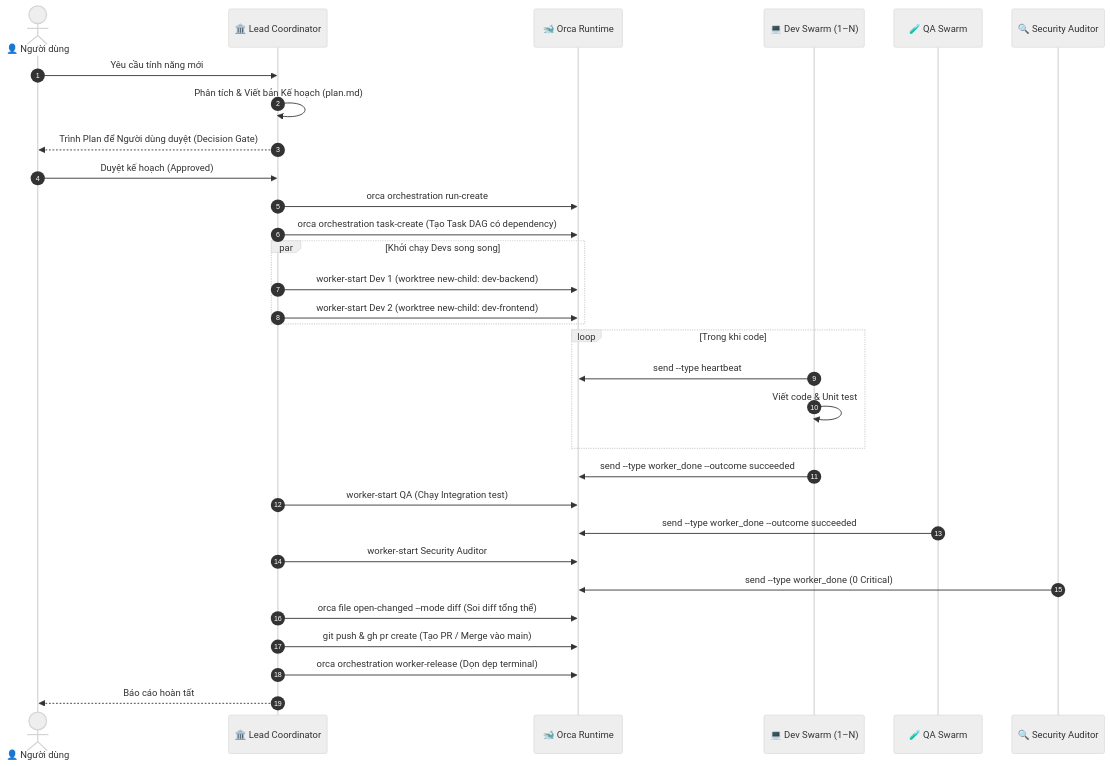
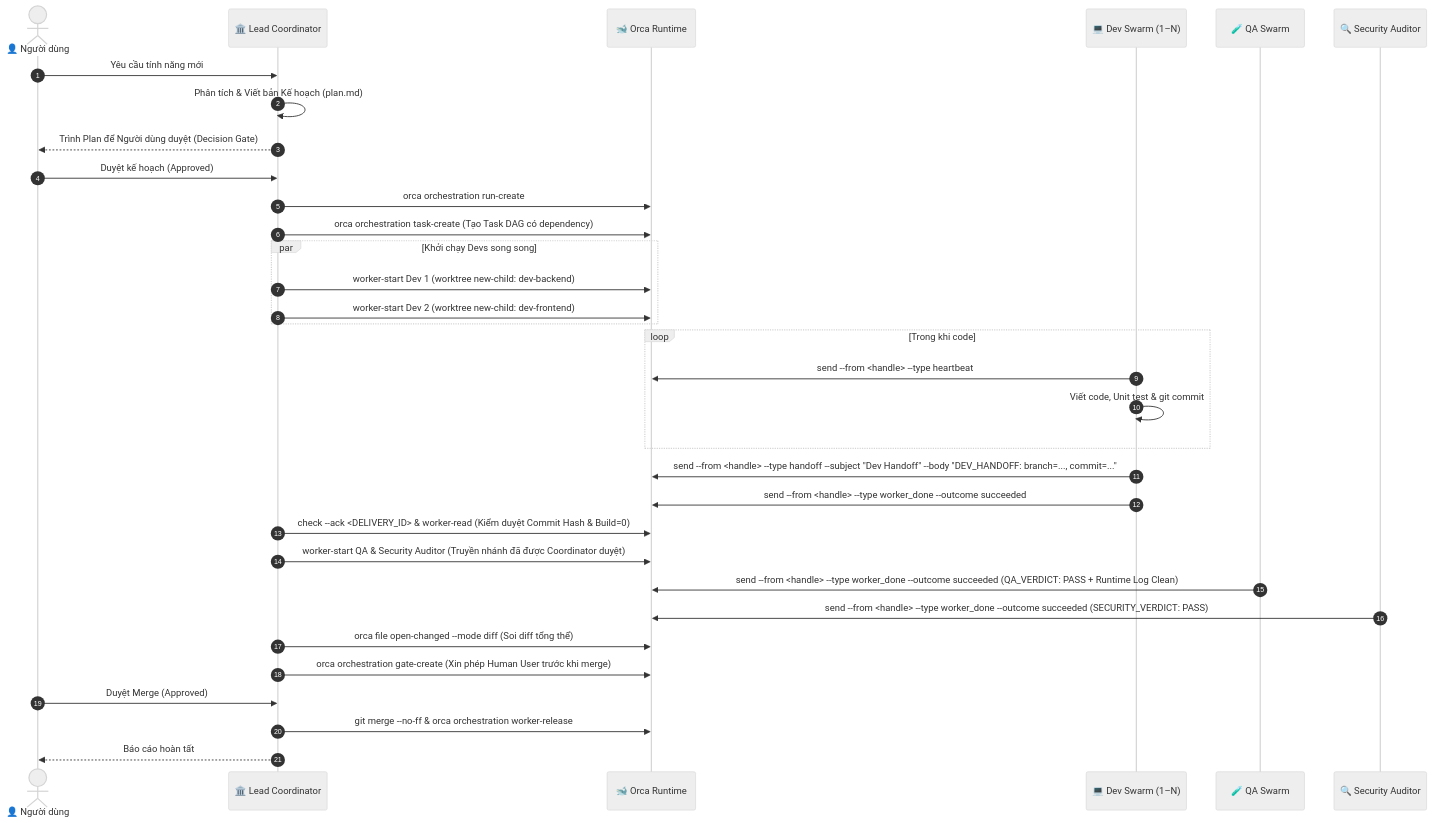
Before and after one commit to thapld/orca-multi-agent-orchestrator: the first of 7 diagrams in docs/workflows.md, drawn with Mermaid (neutral theme). The commit also changed other lines of this file and 8 other files, not shown here.

Commit message:
fix(orchestration): enforce check --ack FIFO delivery, preamble flags, live-vs-settled routing, and update docs

````diff
--- a/docs/workflows.md
+++ b/docs/workflows.md
@@ -11,41 +11,42 @@
 ```mermaid
 sequenceDiagram
     autonumber
     actor User as 👤 Người dùng
     participant Lead as 🏛️ Lead Coordinator
     participant Orca as 🐋 Orca Runtime
     participant Devs as 💻 Dev Swarm (1–N)
     participant QA as 🧪 QA Swarm
     participant Sec as 🔍 Security Auditor
 
     User->>Lead: Yêu cầu tính năng mới
     Lead->>Lead: Phân tích & Viết bản Kế hoạch (plan.md)
     Lead-->>User: Trình Plan để Người dùng duyệt (Decision Gate)
     User->>Lead: Duyệt kế hoạch (Approved)
 
     Lead->>Orca: orca orchestration run-create
     Lead->>Orca: orca orchestration task-create (Tạo Task DAG có dependency)
 
     par Khởi chạy Devs song song
         Lead->>Orca: worker-start Dev 1 (worktree new-child: dev-backend)
         Lead->>Orca: worker-start Dev 2 (worktree new-child: dev-frontend)
     end
 
     loop Trong khi code
-        Devs->>Orca: send --type heartbeat
-        Devs->>Devs: Viết code & Unit test
+        Devs->>Orca: send --from <handle> --type heartbeat
+        Devs->>Devs: Viết code, Unit test & git commit
     end
 
-    Devs->>Orca: send --type worker_done --outcome succeeded
-    
-    Lead->>Orca: worker-start QA (Chạy Integration test)
-    QA->>Orca: send --type worker_done --outcome succeeded
+    Devs->>Orca: send --from <handle> --type handoff --subject "Dev Handoff" --body "DEV_HANDOFF: branch=..., commit=..."
+    Devs->>Orca: send --from <handle> --type worker_done --outcome succeeded
+    Lead->>Orca: check --ack <DELIVERY_ID> & worker-read (Kiểm duyệt Commit Hash & Build=0)
 
-    Lead->>Orca: worker-start Security Auditor
-    Sec->>Orca: send --type worker_done (0 Critical)
+    Lead->>Orca: worker-start QA & Security Auditor (Truyền nhánh đã được Coordinator duyệt)
+    QA->>Orca: send --from <handle> --type worker_done --outcome succeeded (QA_VERDICT: PASS + Runtime Log Clean)
+    Sec->>Orca: send --from <handle> --type worker_done --outcome succeeded (SECURITY_VERDICT: PASS)
 
     Lead->>Orca: orca file open-changed --mode diff (Soi diff tổng thể)
-    Lead->>Orca: git push & gh pr create (Tạo PR / Merge vào main)
-    Lead->>Orca: orca orchestration worker-release (Dọn dẹp terminal)
+    Lead->>Orca: orca orchestration gate-create (Xin phép Human User trước khi merge)
+    User->>Lead: Duyệt Merge (Approved)
+    Lead->>Orca: git merge --no-ff & orca orchestration worker-release
     Lead-->>User: Báo cáo hoàn tất
 ```
````
